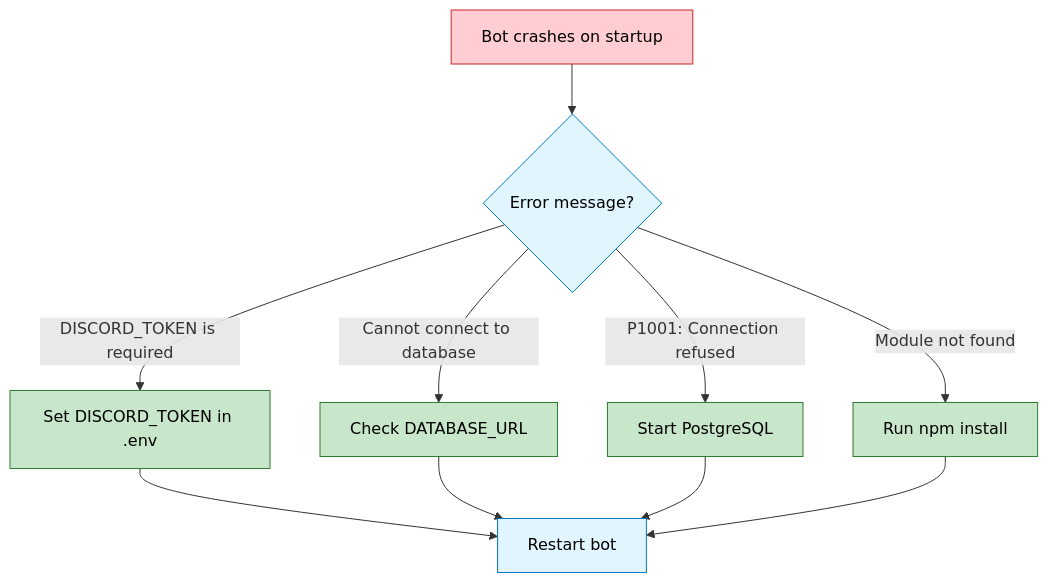
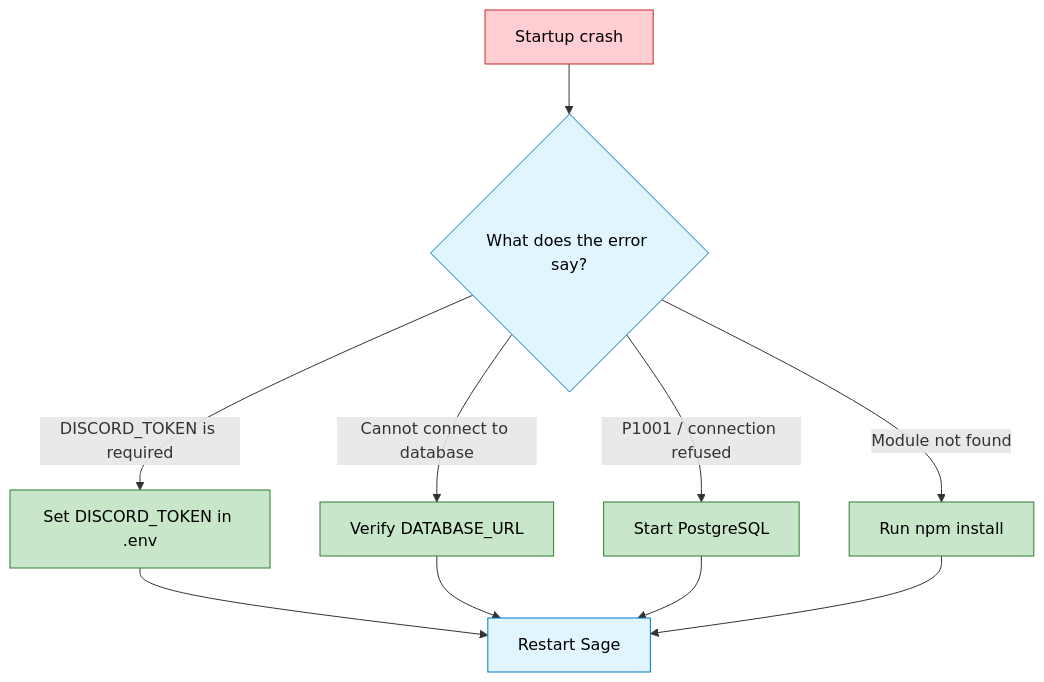
One commit to BokX1/Sage changed the diagram in docs/TROUBLESHOOTING.md. Above: the diagram before and after it, drawn with Mermaid. The commit also changed other lines of this file and 16 other files, not shown here.

````diff
--- a/docs/TROUBLESHOOTING.md
+++ b/docs/TROUBLESHOOTING.md
@@ -27,17 +46,19 @@
 ```mermaid
 flowchart TD
-    %% Styling
+    %% Fast triage for common startup failures.
     classDef error fill:#ffcdd2,stroke:#c62828,color:black
     classDef fix fill:#c8e6c9,stroke:#2e7d32,color:black
     classDef check fill:#e1f5fe,stroke:#0277bd,color:black
 
-    A[Bot crashes on startup]:::error --> B{Error message?}:::check
+    A[Startup crash]:::error --> B{What does the error say?}:::check
+
     B -->|DISCORD_TOKEN is required| C[Set DISCORD_TOKEN in .env]:::fix
-    B -->|Cannot connect to database| D[Check DATABASE_URL]:::fix
-    B -->|P1001: Connection refused| E[Start PostgreSQL]:::fix
+    B -->|Cannot connect to database| D[Verify DATABASE_URL]:::fix
+    B -->|P1001 / connection refused| E[Start PostgreSQL]:::fix
     B -->|Module not found| F[Run npm install]:::fix
-    C --> G[Restart bot]:::check
+
+    C --> G[Restart Sage]:::check
     D --> G
     E --> G
     F --> G
 ```
````
